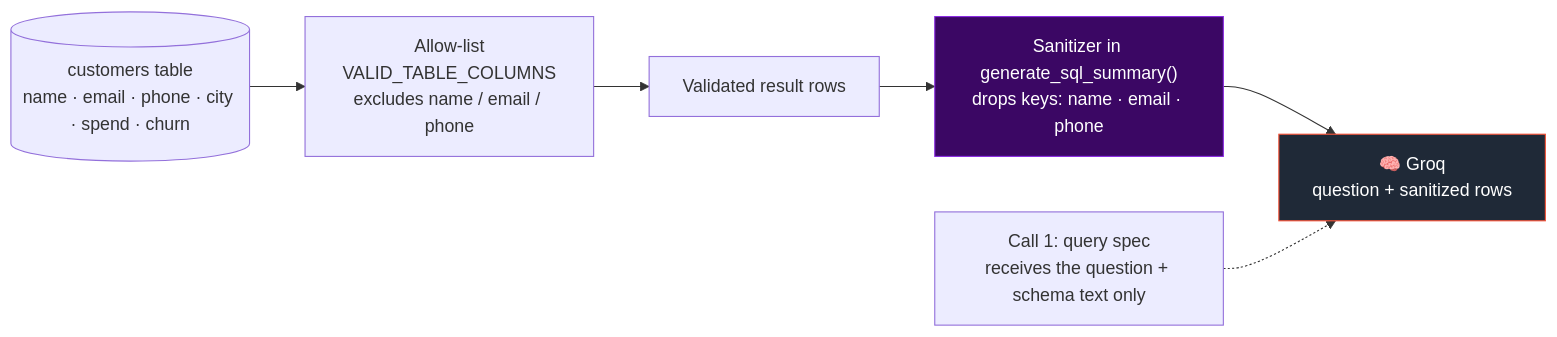
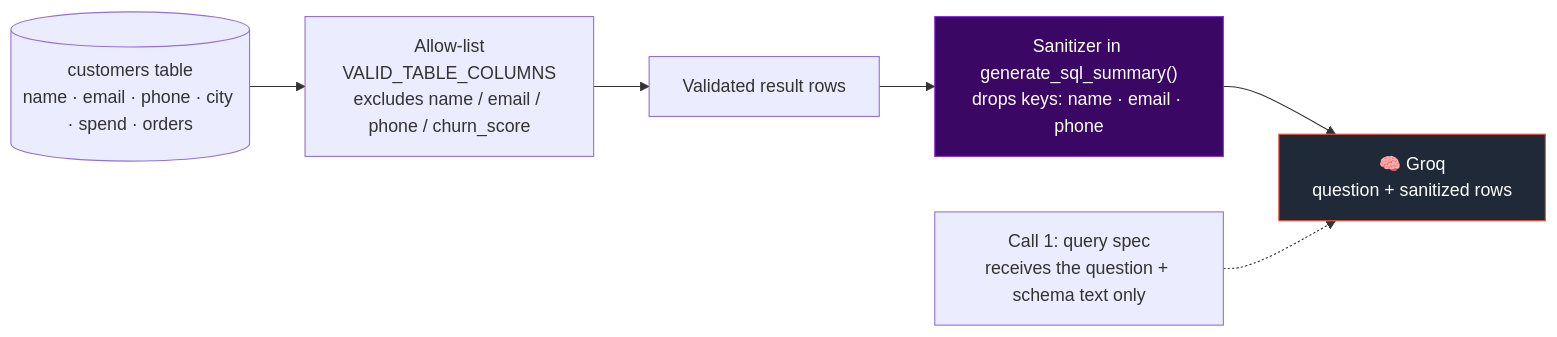
The fifth of 9 diagrams in README.md (Debasish65368/brewco-crm), drawn with Mermaid before and after one commit. The commit also changed other lines of this file and 39 other files, not shown here.

````diff
--- a/README.md
+++ b/README.md
@@ -234,14 +234,14 @@
 ```mermaid
 flowchart LR
-    DB[("customers table<br/>name · email · phone · city · spend · churn")]
-    AL["Allow-list<br/>VALID_TABLE_COLUMNS<br/>excludes name / email / phone"]
+    DB[("customers table<br/>name · email · phone · city · spend · orders")]
+    AL["Allow-list<br/>VALID_TABLE_COLUMNS<br/>excludes name / email / phone / churn_score"]
     R["Validated result rows"]
     F["Sanitizer in generate_sql_summary()<br/>drops keys: name · email · phone"]
     G["🧠 Groq<br/>question + sanitized rows"]
 
     DB --> AL --> R --> F --> G
 
     P1["Call 1: query spec<br/>receives the question + schema text only"] -.-> G
     style F fill:#3b0764,color:#fff,stroke:#8A2BE2
     style G fill:#1f2937,color:#fff,stroke:#F55036
 ```
````
